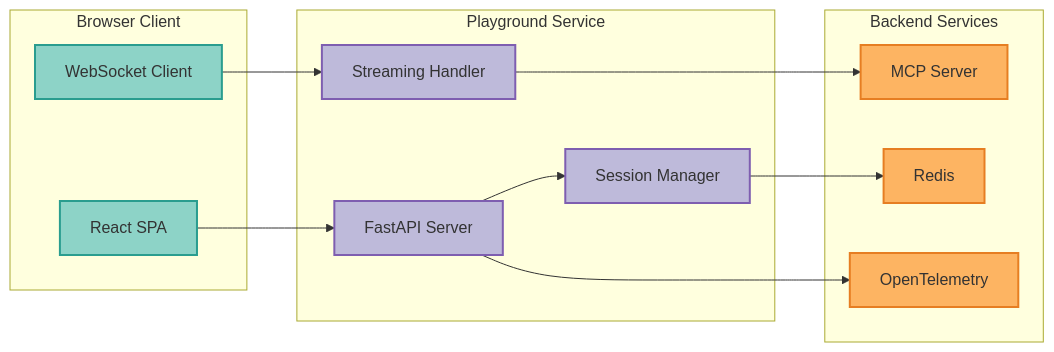
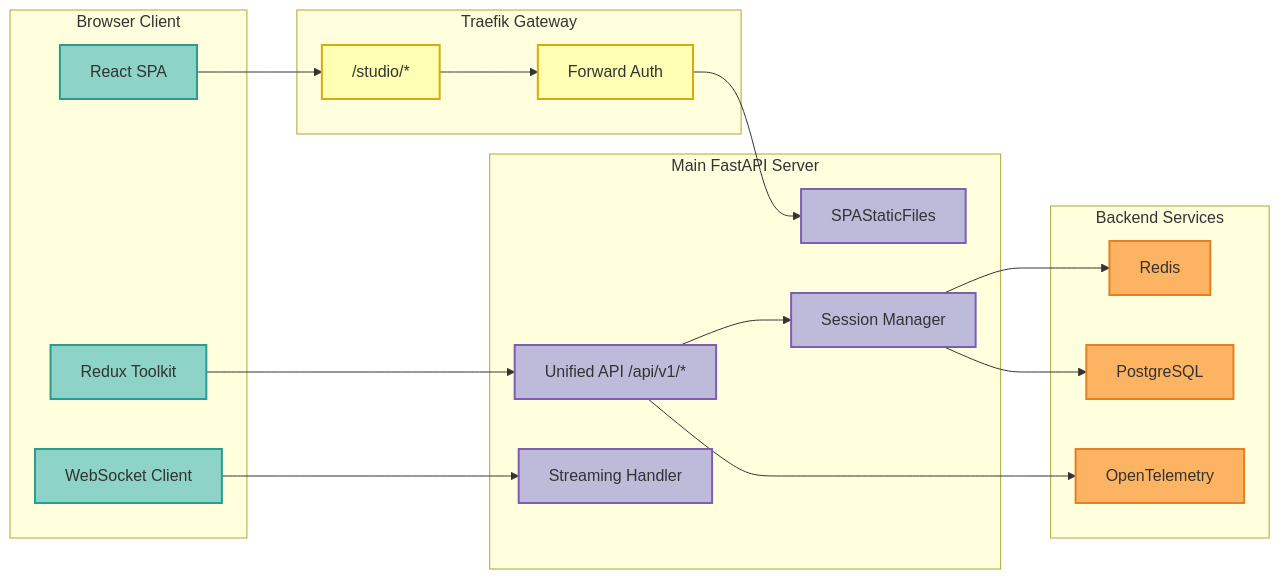
One commit to vishnu2kmohan/mcp-server-langgraph changed the diagram in docs/guides/playground.mdx. Above: the diagram before and after it, drawn with Mermaid. The commit also changed other lines of this file and 345 other files, not shown here.

````diff
--- a/docs/guides/playground.mdx
+++ b/docs/guides/playground.mdx
@@ -39,35 +46,47 @@
 ```mermaid
 flowchart LR
     subgraph Client["Browser Client"]
         UI["React SPA"]
+        RTK["Redux Toolkit"]
         WS["WebSocket Client"]
     end
 
-    subgraph Playground["Playground Service"]
-        API["FastAPI Server"]
+    subgraph Gateway["Traefik Gateway"]
+        Route["/studio/*"]
+        Auth["Forward Auth"]
+    end
+
+    subgraph Server["Main FastAPI Server"]
+        SPA["SPAStaticFiles"]
+        API["Unified API /api/v1/*"]
         Session["Session Manager"]
         Stream["Streaming Handler"]
     end
 
     subgraph Backend["Backend Services"]
-        MCP["MCP Server"]
         Redis["Redis"]
+        Postgres["PostgreSQL"]
         OTEL["OpenTelemetry"]
     end
 
-    UI --> API
+    UI --> Route
+    Route --> Auth
+    Auth --> SPA
+    RTK --> API
     WS --> Stream
     API --> Session
     Session --> Redis
-    Stream --> MCP
+    Session --> Postgres
     API --> OTEL
 
     %% ColorBrewer2 Set3 palette - each component type uniquely colored
     classDef clientStyle fill:#8dd3c7,stroke:#2a9d8f,stroke-width:2px,color:#333
-    classDef playgroundStyle fill:#bebada,stroke:#7e5eb0,stroke-width:2px,color:#333
+    classDef gatewayStyle fill:#ffffb3,stroke:#d4ac0d,stroke-width:2px,color:#333
+    classDef serverStyle fill:#bebada,stroke:#7e5eb0,stroke-width:2px,color:#333
     classDef backendStyle fill:#fdb462,stroke:#e67e22,stroke-width:2px,color:#333
 
-    class UI,WS clientStyle
-    class API,Session,Stream playgroundStyle
-    class MCP,Redis,OTEL backendStyle
+    class UI,RTK,WS clientStyle
+    class Route,Auth gatewayStyle
+    class SPA,API,Session,Stream serverStyle
+    class Redis,Postgres,OTEL backendStyle
 ```
````
